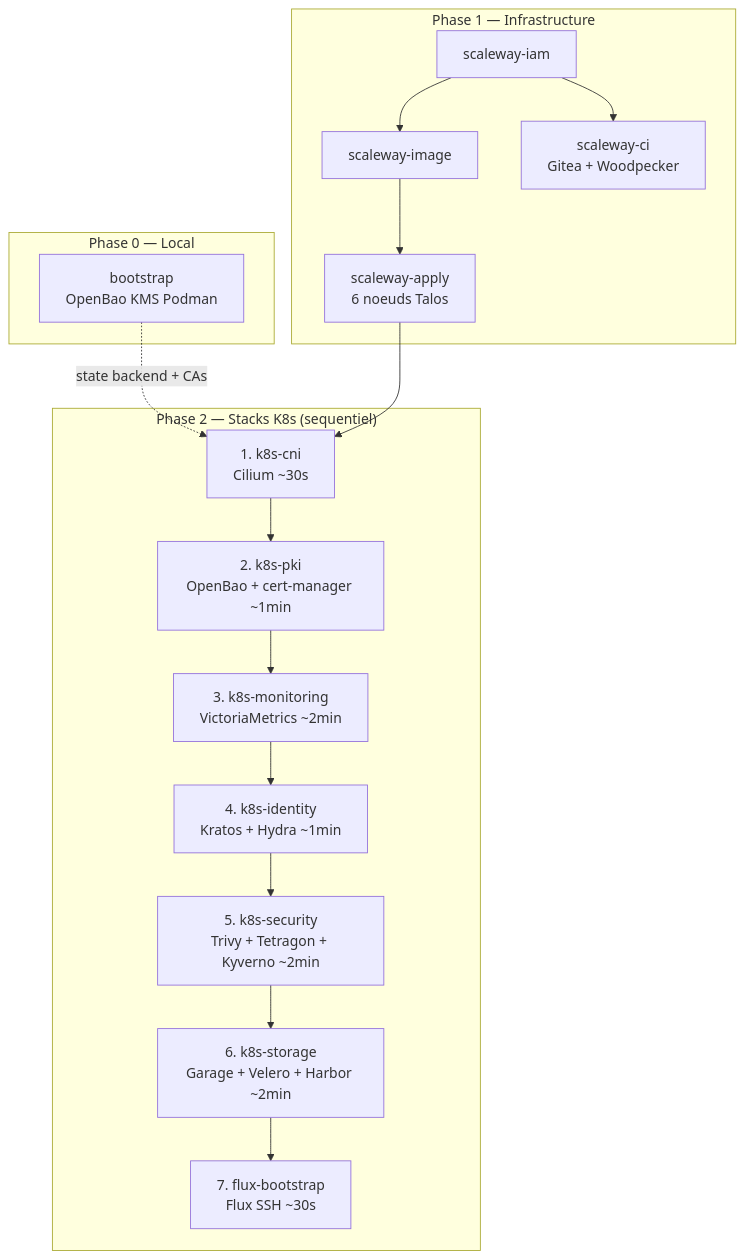
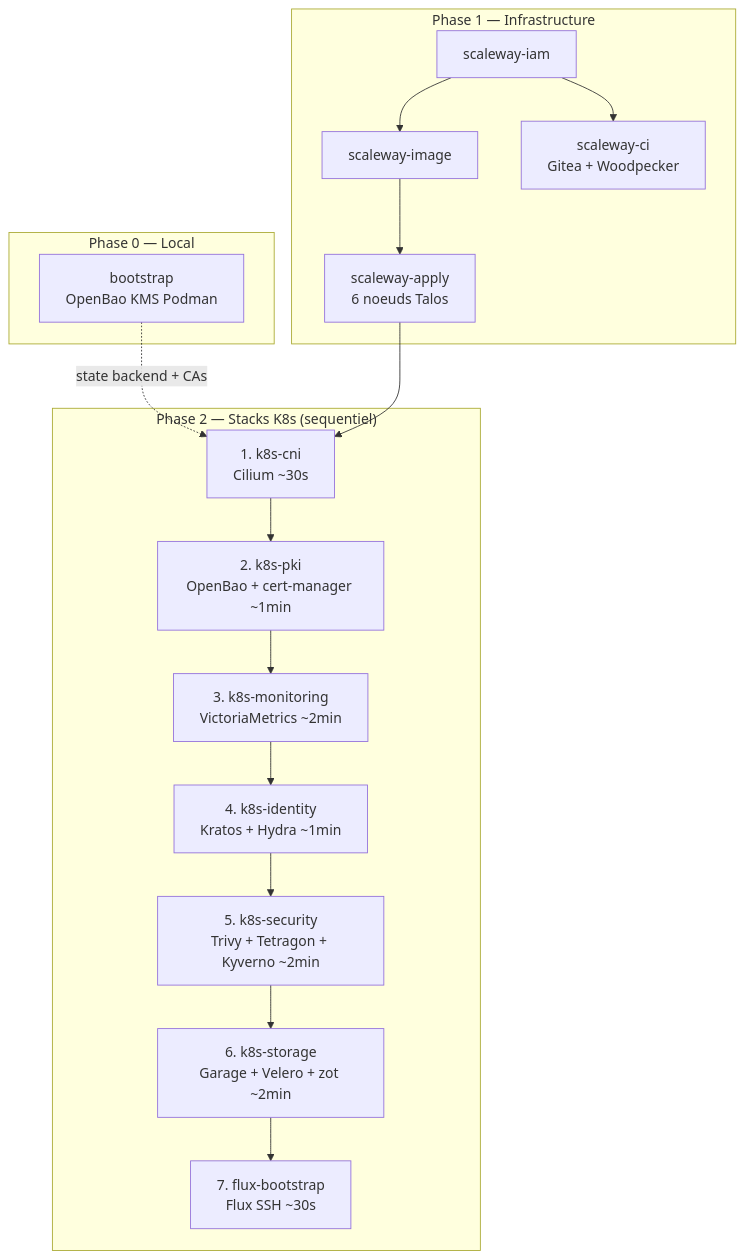
The second of 8 diagrams in docs/explanation/architecture.md (Destynova2/st4ck), drawn with Mermaid before and after one commit. The commit also changed other lines of this file and 27 other files, not shown here.

First line of the commit message:
feat(storage): zot replaces Harbor everywhere (ADR-039)

````diff
--- a/docs/explanation/architecture.md
+++ b/docs/explanation/architecture.md
@@ -24,27 +24,27 @@
 ```mermaid
 graph TB
     subgraph "Phase 0 — Local"
         KMS[bootstrap<br/>OpenBao KMS Podman]
     end
 
     subgraph "Phase 1 — Infrastructure"
         IAM[scaleway-iam] --> IMG[scaleway-image]
         IAM --> CI_VM[scaleway-ci<br/>Gitea + Woodpecker]
         IMG --> CLUSTER[scaleway-apply<br/>6 noeuds Talos]
     end
 
     subgraph "Phase 2 — Stacks K8s (sequentiel)"
         CNI[1. k8s-cni<br/>Cilium ~30s]
         PKI[2. k8s-pki<br/>OpenBao + cert-manager ~1min]
         MON[3. k8s-monitoring<br/>VictoriaMetrics ~2min]
         IDN[4. k8s-identity<br/>Kratos + Hydra ~1min]
         SEC[5. k8s-security<br/>Trivy + Tetragon + Kyverno ~2min]
-        STO[6. k8s-storage<br/>Garage + Velero + Harbor ~2min]
+        STO[6. k8s-storage<br/>Garage + Velero + zot ~2min]
         FLUXB[7. flux-bootstrap<br/>Flux SSH ~30s]
 
         CNI --> PKI --> MON --> IDN --> SEC --> STO --> FLUXB
     end
 
     KMS -.->|state backend + CAs| CNI
     CLUSTER --> CNI
 ```
````
